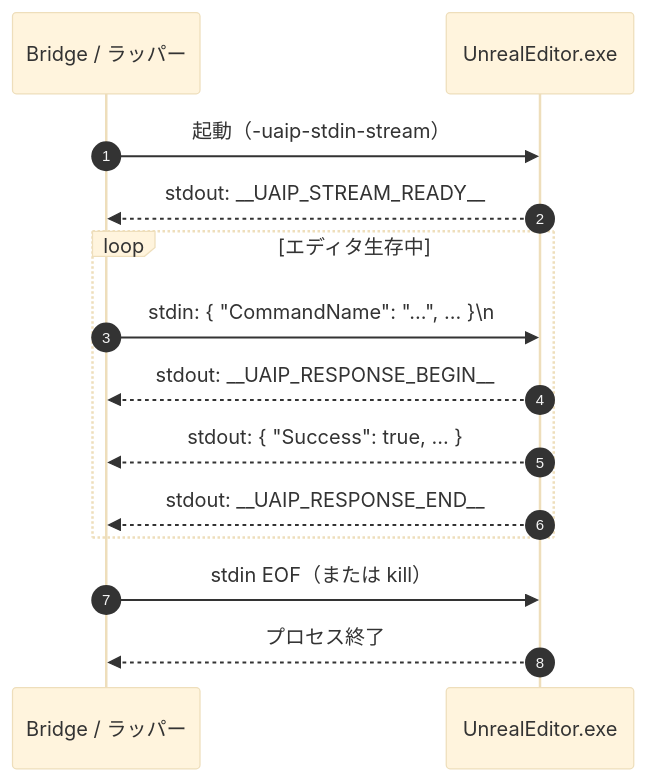
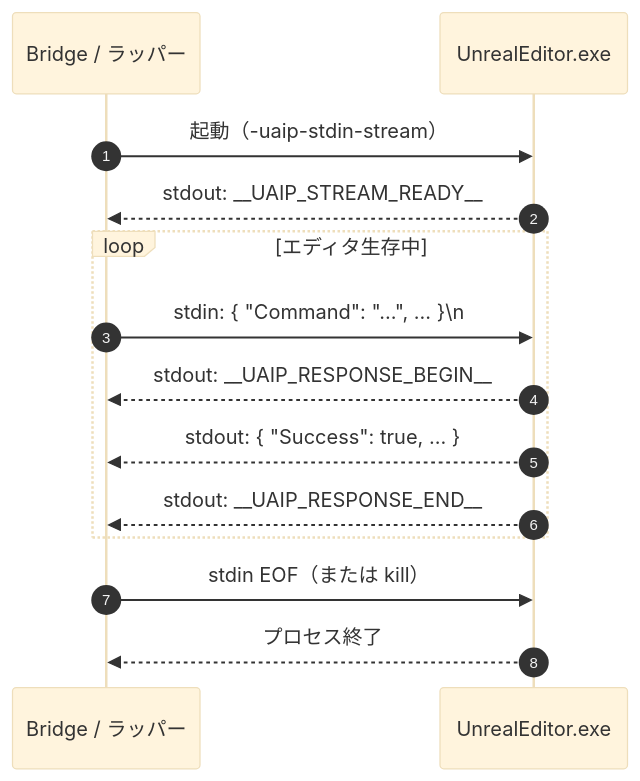
Before and after one commit to Naotsun19B/UnrealAIIntegrationPlatform-Document: the third of 3 diagrams in docs/ja/connections.md, drawn with Mermaid (base theme). The commit also changed other lines of this file and 8 other files, not shown here.

````diff
--- a/docs/ja/connections.md
+++ b/docs/ja/connections.md
@@ -585,17 +587,17 @@
 ```mermaid
 sequenceDiagram
     autonumber
     participant Br as Bridge / ラッパー
     participant Ed as UnrealEditor.exe
 
     Br->>Ed: 起動（-uaip-stdin-stream）
     Ed-->>Br: stdout: __UAIP_STREAM_READY__
     loop エディタ生存中
-        Br->>Ed: stdin: { "CommandName": "...", ... }\n
+        Br->>Ed: stdin: { "Command": "...", ... }\n
         Ed-->>Br: stdout: __UAIP_RESPONSE_BEGIN__
         Ed-->>Br: stdout: { "Success": true, ... }
         Ed-->>Br: stdout: __UAIP_RESPONSE_END__
     end
     Br->>Ed: stdin EOF（または kill）
     Ed-->>Br: プロセス終了
 ```
````
